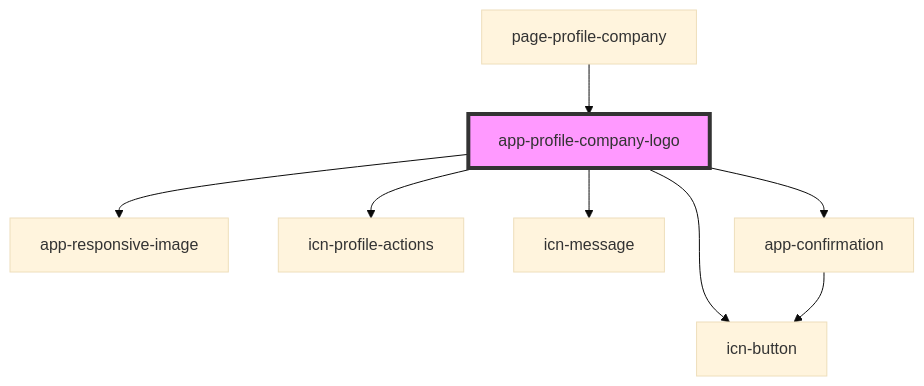
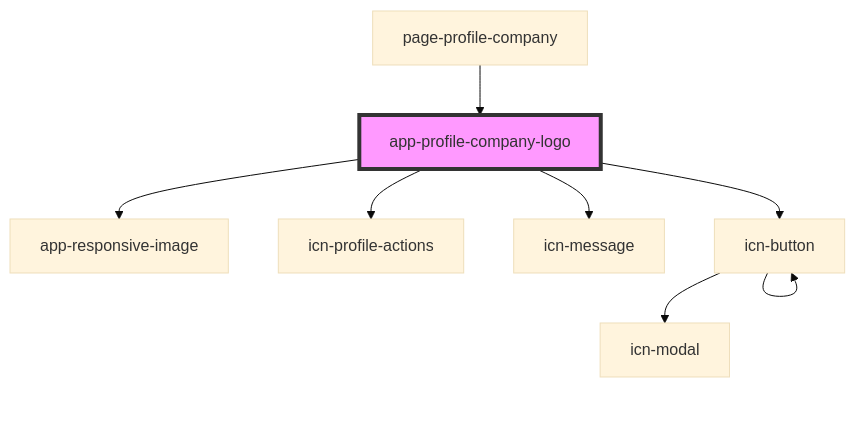
One commit to lokheed/IconEventNetwork.Web changed the diagram in iconeventnetwork-web/src/components/app-profile-company-logo/readme.md. Above: the diagram before and after it, drawn with Mermaid (base theme). The commit also changed other lines of this file and 38 other files, not shown here.

First line of the commit message:
Implemented icn-modal

````diff
--- a/iconeventnetwork-web/src/components/app-profile-company-logo/readme.md
+++ b/iconeventnetwork-web/src/components/app-profile-company-logo/readme.md
@@ -32,11 +31,11 @@
 ```mermaid
 graph TD;
   app-profile-company-logo --> app-responsive-image
   app-profile-company-logo --> icn-profile-actions
   app-profile-company-logo --> icn-message
   app-profile-company-logo --> icn-button
-  app-profile-company-logo --> app-confirmation
-  app-confirmation --> icn-button
+  icn-button --> icn-modal
+  icn-button --> icn-button
   page-profile-company --> app-profile-company-logo
   style app-profile-company-logo fill:#f9f,stroke:#333,stroke-width:4px
 ```
````
